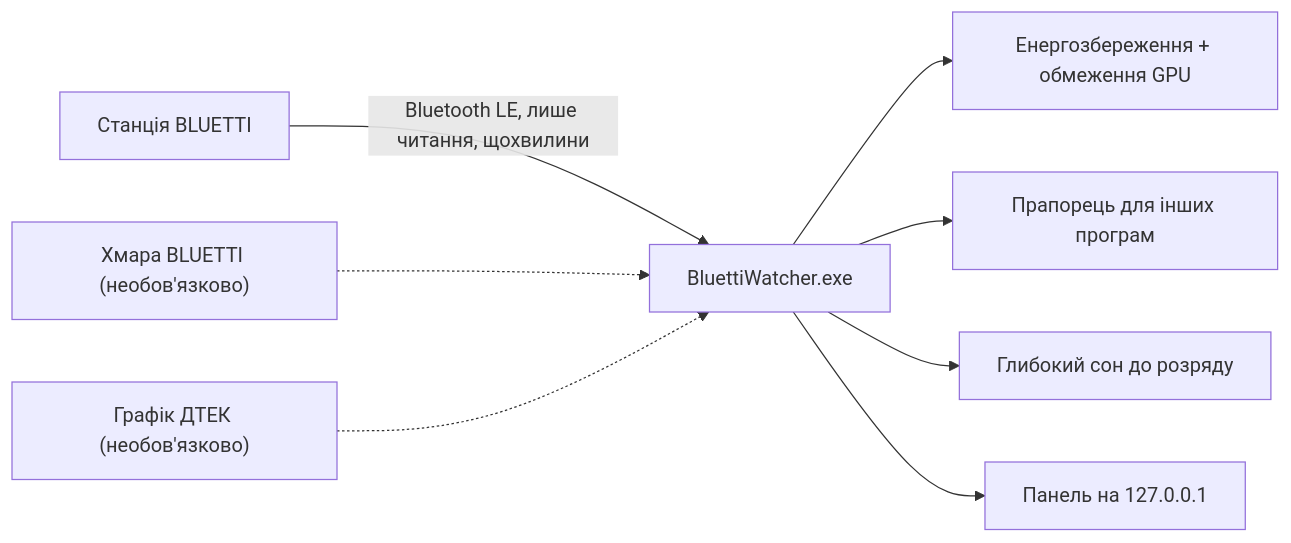
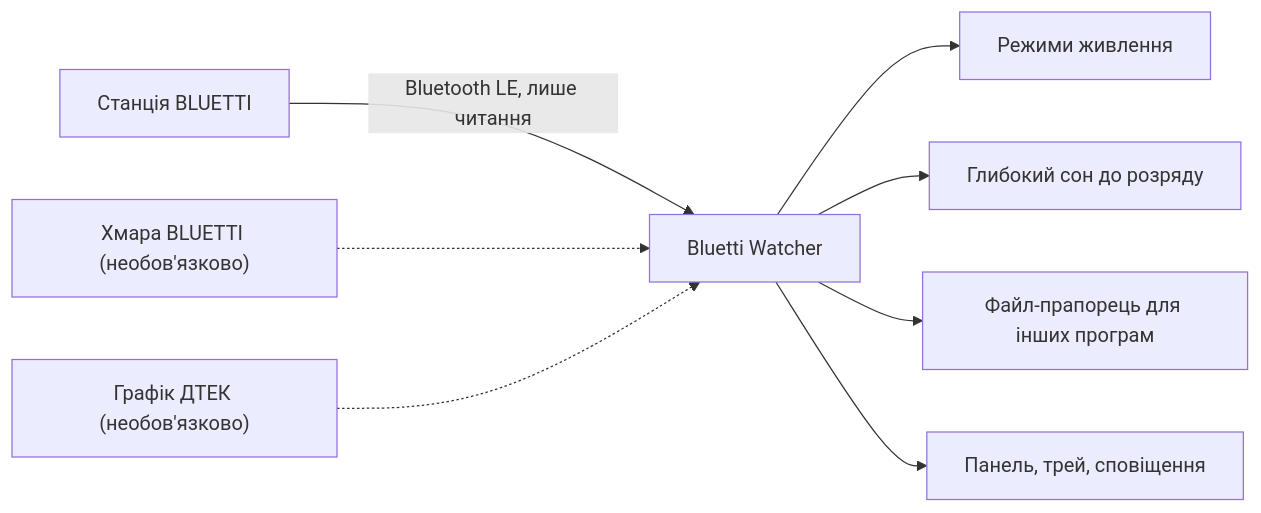
Before and after one commit to sPYfromFranik/bluetti-watcher: the diagram in README.uk.md, drawn with Mermaid. The commit also changed other lines of this file and 41 other files, not shown here.

````diff
--- a/README.uk.md
+++ b/README.uk.md
@@ -43,10 +40,10 @@
 ```mermaid
 flowchart LR
-  S["Станція BLUETTI"] -- "Bluetooth LE, лише читання, щохвилини" --> W["BluettiWatcher.exe"]
+  S["Станція BLUETTI"] -- "Bluetooth LE, лише читання" --> W["Bluetti Watcher"]
   C["Хмара BLUETTI (необов'язково)"] -.-> W
   K["Графік ДТЕК (необов'язково)"] -.-> W
-  W --> P["Енергозбереження + обмеження GPU"]
-  W --> F["Прапорець для інших програм"]
+  W --> P["Режими живлення"]
   W --> H["Глибокий сон до розряду"]
-  W --> D["Панель на 127.0.0.1"]
+  W --> F["Файл-прапорець для інших програм"]
+  W --> D["Панель, трей, сповіщення"]
 ```
````
